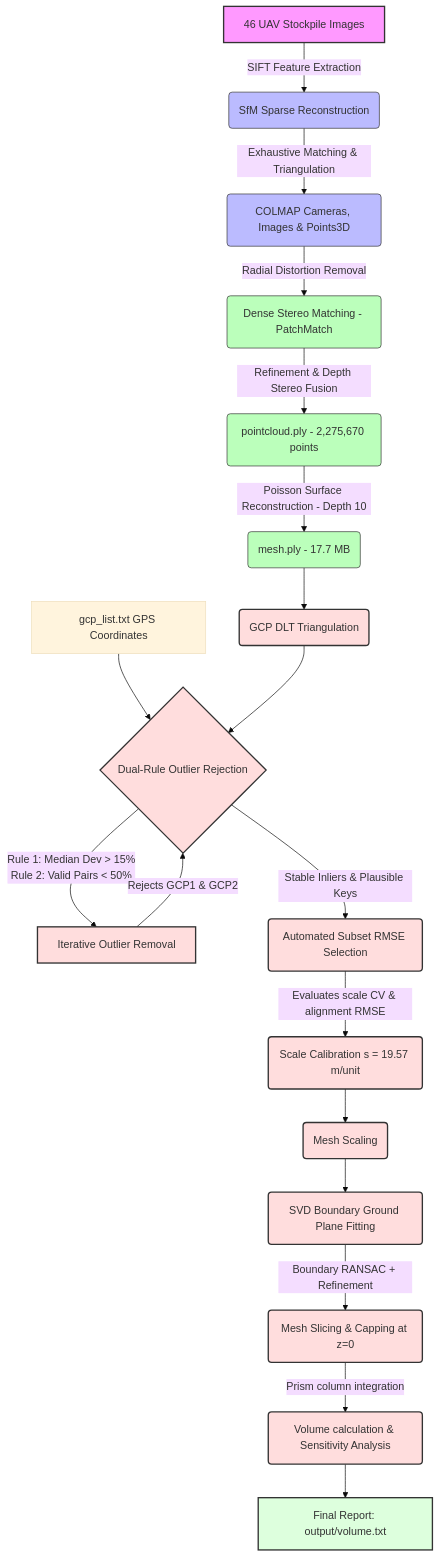
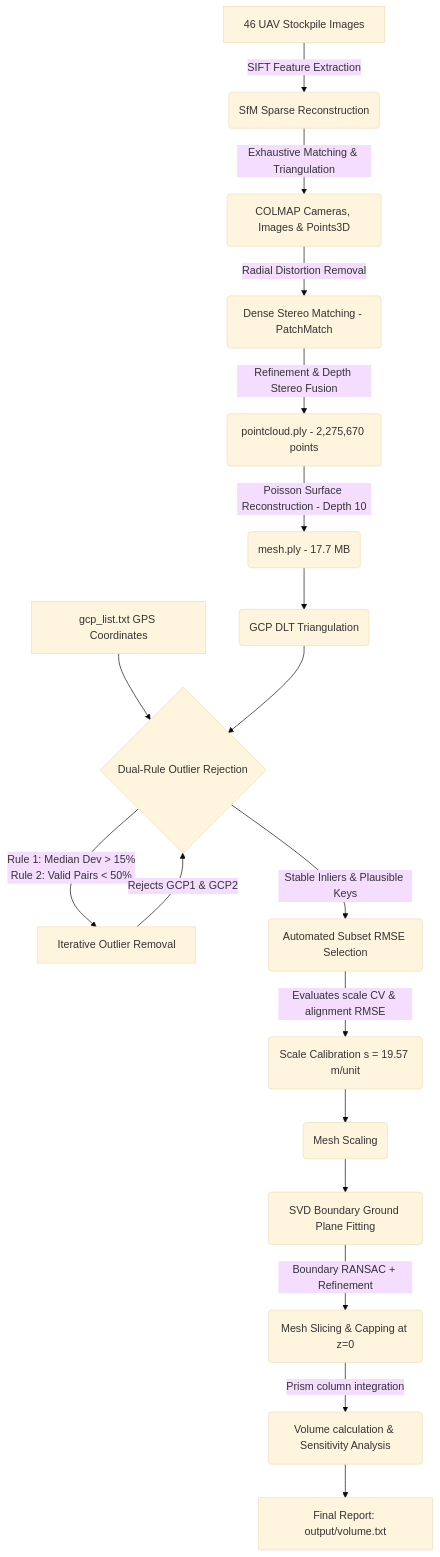
Before and after one commit to bhaskar241106/coal-heap: the diagram in README.md, drawn with Mermaid (base theme). The commit also changed 1 other file, not shown here.

Commit message:
Update README with theme-aware high-contrast Mermaid diagram

````diff
--- a/README.md
+++ b/README.md
@@ -14,38 +14,24 @@
 ```mermaid
 graph TD
-    %% Define styles
-    classDef input fill:#f9f,stroke:#333,stroke-width:2px;
-    classDef sfm fill:#bbf,stroke:#333,stroke-width:1px;
-    classDef mvs fill:#bfb,stroke:#333,stroke-width:1px;
-    classDef calib fill:#fdd,stroke:#333,stroke-width:2px;
-    classDef output fill:#dfd,stroke:#333,stroke-width:2px;
-
-    %% Nodes
     A[46 UAV Stockpile Images] -->|SIFT Feature Extraction| B(SfM Sparse Reconstruction)
     B -->|Exhaustive Matching & Triangulation| C(COLMAP Cameras, Images & Points3D)
     C -->|Radial Distortion Removal| D(Dense Stereo Matching - PatchMatch)
     D -->|Refinement & Depth Stereo Fusion| E(pointcloud.ply - 2,275,670 points)
     E -->|Poisson Surface Reconstruction - Depth 10| F(mesh.ply - 17.7 MB)
     
     %% Calibration Loop
     F --> G(GCP DLT Triangulation)
     H[gcp_list.txt GPS Coordinates] --> I{Dual-Rule Outlier Rejection}
     G --> I
     I -->|Rule 1: Median Dev > 15% <br> Rule 2: Valid Pairs < 50%| J[Iterative Outlier Removal]
     J -->|Rejects GCP1 & GCP2| I
     I -->|Stable Inliers & Plausible Keys| K(Automated Subset RMSE Selection)
     K -->|Evaluates scale CV & alignment RMSE| L(Scale Calibration s = 19.57 m/unit)
     
     %% Volumetric integration
     L --> M(Mesh Scaling)
     M --> N(SVD Boundary Ground Plane Fitting)
     N -->|Boundary RANSAC + Refinement| O(Mesh Slicing & Capping at z=0)
     O -->|Prism column integration| P(Volume calculation & Sensitivity Analysis)
     P --> Q[Final Report: output/volume.txt]
-
-    class A input;
-    class B,C sfm;
-    class D,E,F mvs;
-    class G,I,J,K,L,M,N,O,P calib;
-    class Q output;
 ```
````
